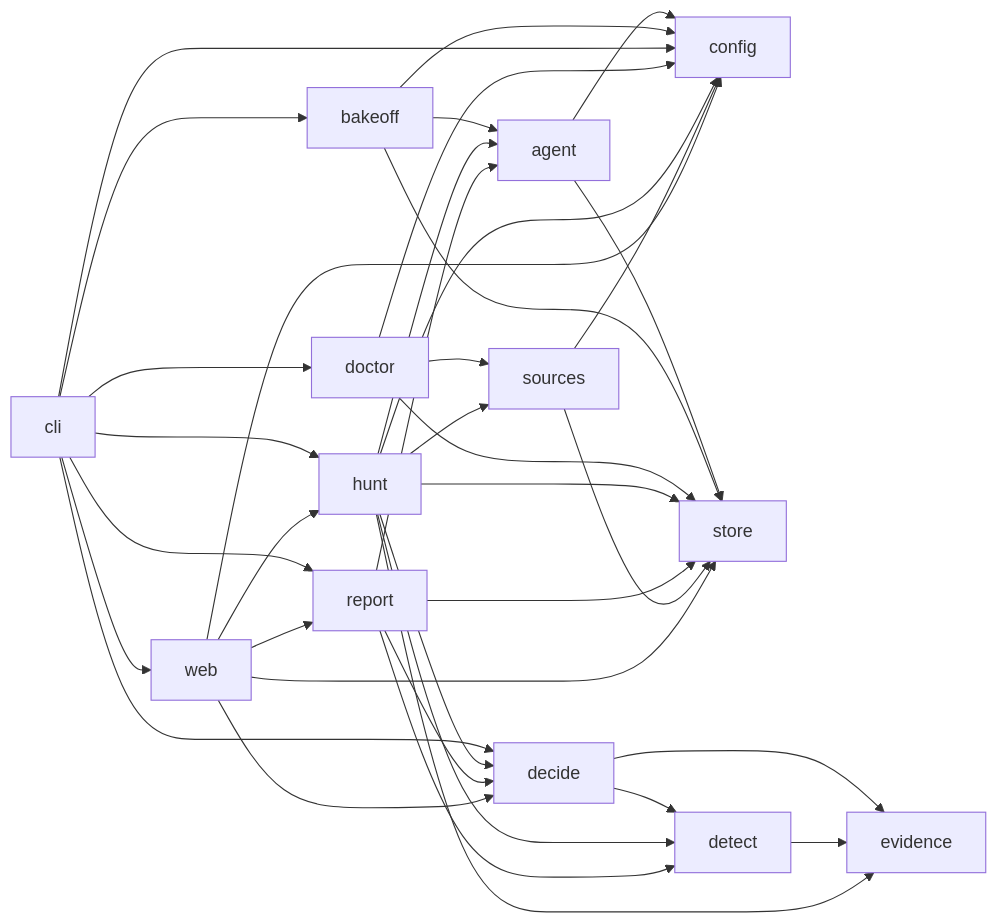
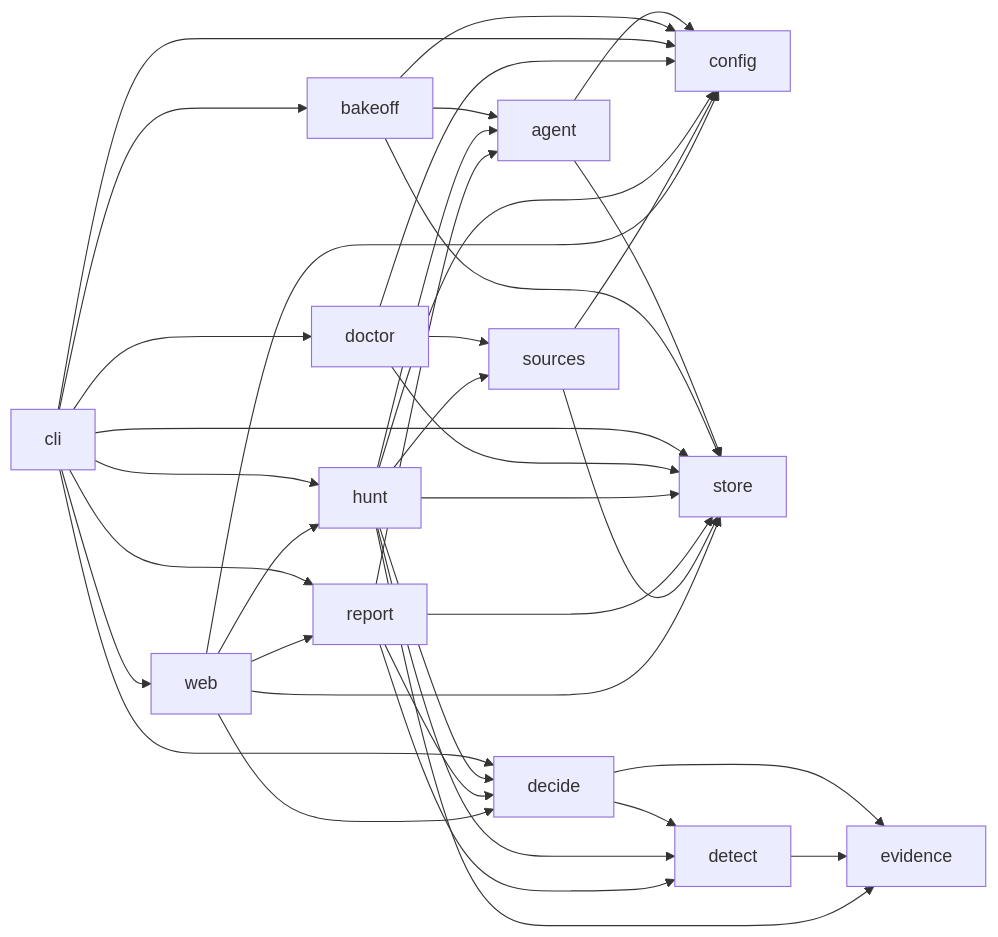
The diagram in docs/architecture/MODULE_MAP.md (nickthabib-cloud/ROMULUS), drawn with Mermaid before and after one commit. The commit also changed other lines of this file and 4 other files, not shown here.

````diff
--- a/docs/architecture/MODULE_MAP.md
+++ b/docs/architecture/MODULE_MAP.md
@@ -72,39 +72,40 @@
 ```mermaid
 graph LR
   agent --> config
   agent --> store
   bakeoff --> agent
   bakeoff --> config
   bakeoff --> store
   cli --> bakeoff
   cli --> config
   cli --> decide
   cli --> doctor
   cli --> hunt
   cli --> report
+  cli --> store
   cli --> web
   decide --> detect
   decide --> evidence
   detect --> evidence
   doctor --> config
   doctor --> sources
   doctor --> store
   hunt --> agent
   hunt --> config
   hunt --> decide
   hunt --> detect
   hunt --> evidence
   hunt --> sources
   hunt --> store
   report --> agent
   report --> decide
   report --> detect
   report --> store
   sources --> config
   sources --> store
   web --> config
   web --> decide
   web --> hunt
   web --> report
   web --> store
 ```
````
